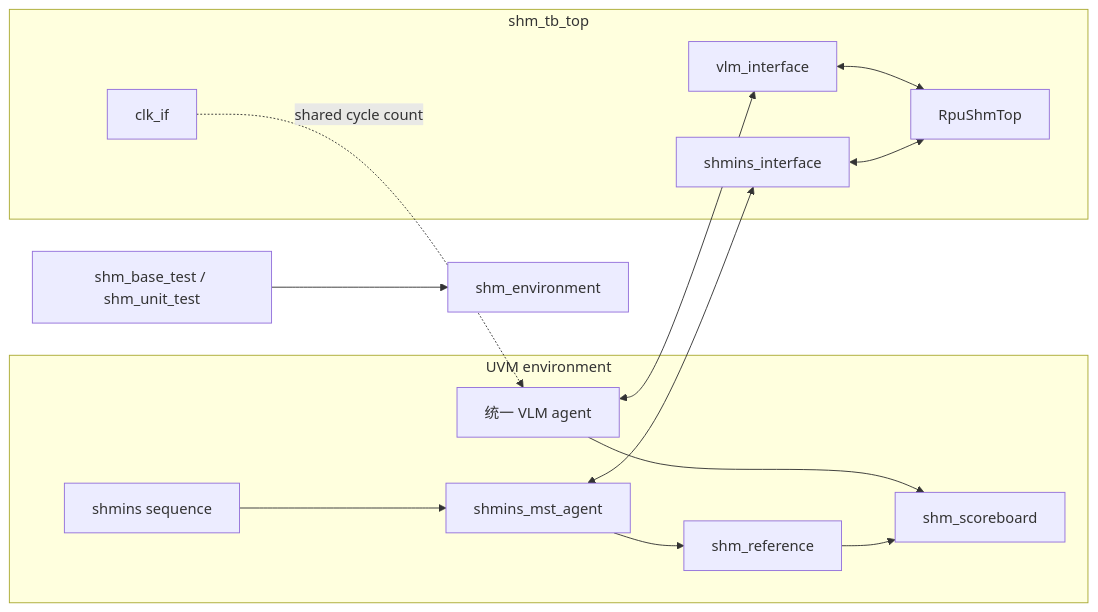
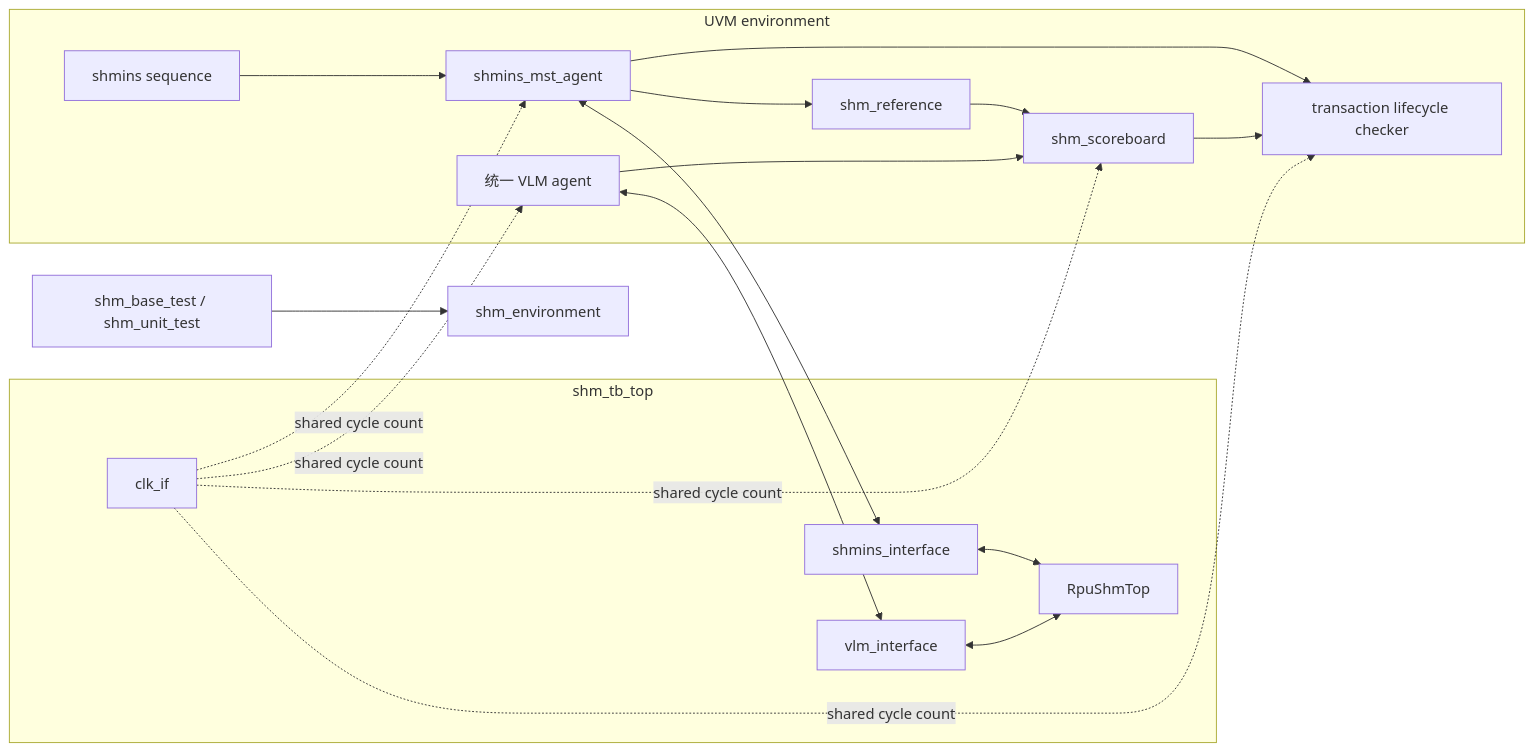
Before and after one commit to euphgh/sharemem: the diagram in docs/ut_shm/environment/architecture.md, drawn with Mermaid. The commit also changed other lines of this file and 22 other files, not shown here.

````diff
--- a/docs/ut_shm/environment/architecture.md
+++ b/docs/ut_shm/environment/architecture.md
@@ -14,24 +14,29 @@
 ```mermaid
 flowchart LR
   TEST["shm_base_test / shm_unit_test"] --> ENV["shm_environment"]
 
   subgraph UVM["UVM environment"]
     SEQ["shmins sequence"] --> SA["shmins_mst_agent"]
     SA --> REF["shm_reference"]
     REF --> SCB["shm_scoreboard"]
+    SA --> LC["transaction lifecycle checker"]
+    SCB --> LC
     VA["统一 VLM agent"] --> SCB
   end
 
   subgraph TOP["shm_tb_top"]
     SI["shmins_interface"]
     VI["vlm_interface"]
     CI["clk_if"]
     DUT["RpuShmTop"]
     SI <--> DUT
     VI <--> DUT
   end
 
   SA <--> SI
   VA <--> VI
   CI -. "shared cycle count" .-> VA
+  CI -. "shared cycle count" .-> SA
+  CI -. "shared cycle count" .-> SCB
+  CI -. "shared cycle count" .-> LC
 ```
````
